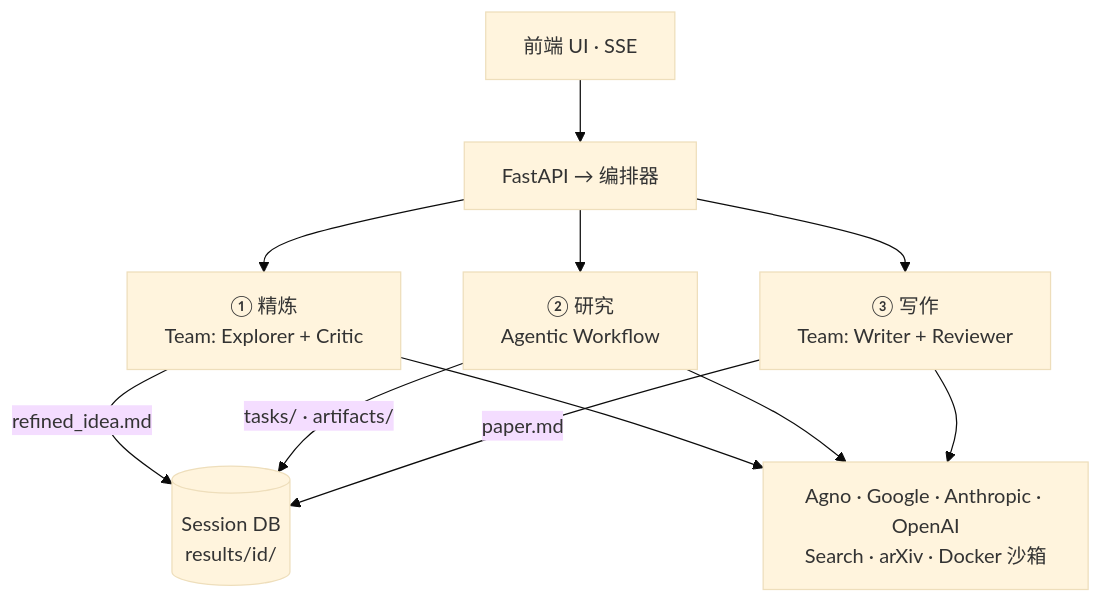
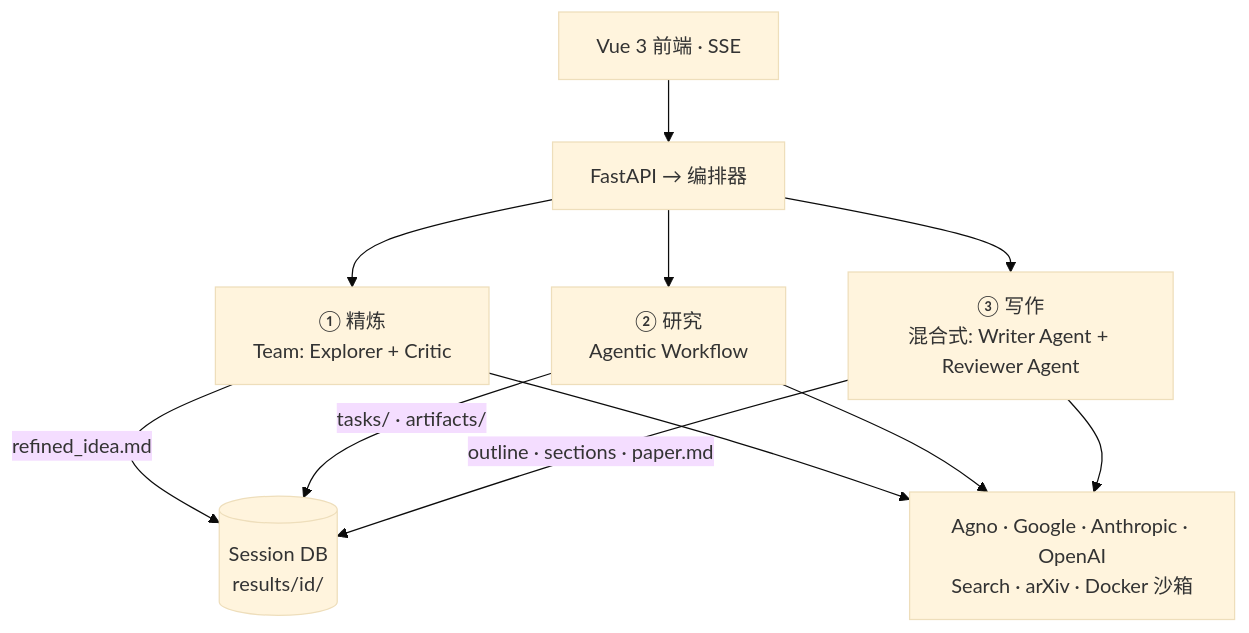
One commit to dozybot001/MAARS changed the second of 2 diagrams in README_CN.md. Above: the diagram before and after it, drawn with Mermaid (base theme). The commit also changed other lines of this file and 29 other files, not shown here.

````diff
--- a/README_CN.md
+++ b/README_CN.md
@@ -40,15 +40,15 @@
 ```mermaid
 flowchart TB
-    UI["前端 UI · SSE"] --> API["FastAPI → 编排器"]
+    UI["Vue 3 前端 · SSE"] --> API["FastAPI → 编排器"]
 
     API --> REF["① 精炼\nTeam: Explorer + Critic"]
     API --> RES["② 研究\nAgentic Workflow"]
-    API --> WRI["③ 写作\nTeam: Writer + Reviewer"]
+    API --> WRI["③ 写作\n混合式: Writer Agent + Reviewer Agent"]
 
     REF -- "refined_idea.md" --> DB
     RES -- "tasks/ · artifacts/" --> DB
-    WRI -- "paper.md" --> DB
+    WRI -- "outline · sections · paper.md" --> DB
     DB[(Session DB\nresults/id/)]
 
     REF & RES & WRI --> AGNO["Agno · Google · Anthropic · OpenAI\nSearch · arXiv · Docker 沙箱"]
 ```
````
